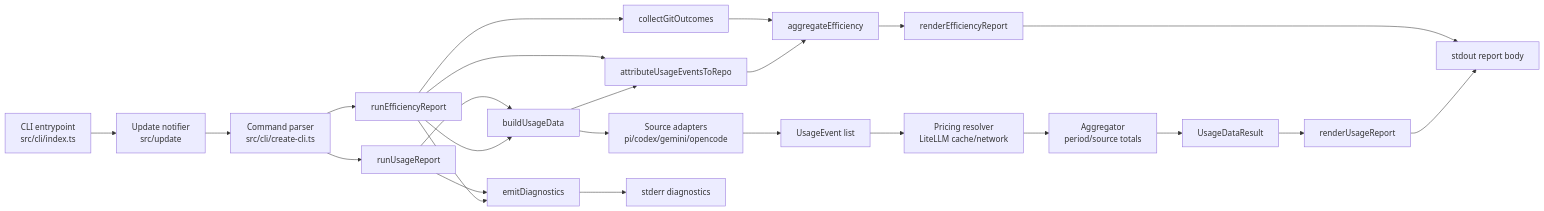
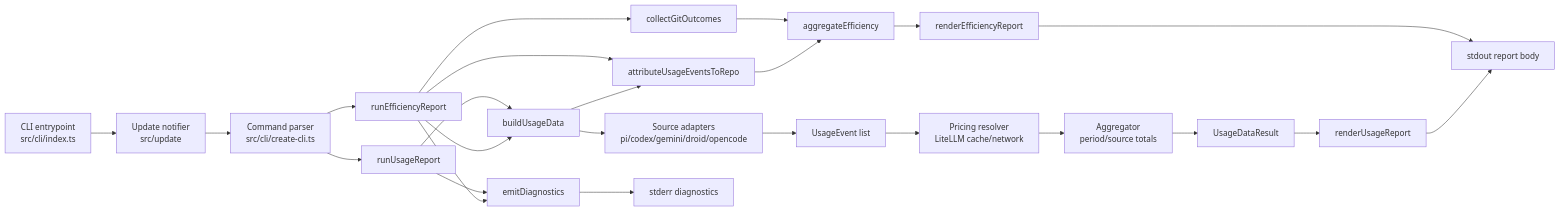
The first of 2 diagrams in docs/architecture.md (ben-vargas/ai-llm-usage-metrics), drawn with Mermaid before and after one commit. The commit also changed 14 other files, not shown here.

````diff
--- a/docs/architecture.md
+++ b/docs/architecture.md
@@ -21,29 +21,29 @@
 ```mermaid
 flowchart LR
     A[CLI entrypoint\nsrc/cli/index.ts] --> B[Update notifier\nsrc/update]
     B --> C[Command parser\nsrc/cli/create-cli.ts]
     C --> D[runUsageReport]
     D --> E[buildUsageData]
     C --> O[runEfficiencyReport]
     O --> E
     O --> P[collectGitOutcomes]
     O --> S[attributeUsageEventsToRepo]
     E --> S
     P --> Q[aggregateEfficiency]
     S --> Q
     Q --> R[renderEfficiencyReport]
     R --> L
 
-    E --> F[Source adapters\npi/codex/gemini/opencode]
+    E --> F[Source adapters\npi/codex/gemini/droid/opencode]
     F --> G[UsageEvent list]
     G --> H[Pricing resolver\nLiteLLM cache/network]
     H --> I[Aggregator\nperiod/source totals]
     I --> J[UsageDataResult]
 
     J --> K[renderUsageReport]
     K --> L[stdout report body]
 
     D --> M[emitDiagnostics]
     M --> N[stderr diagnostics]
     O --> M
 ```
````
